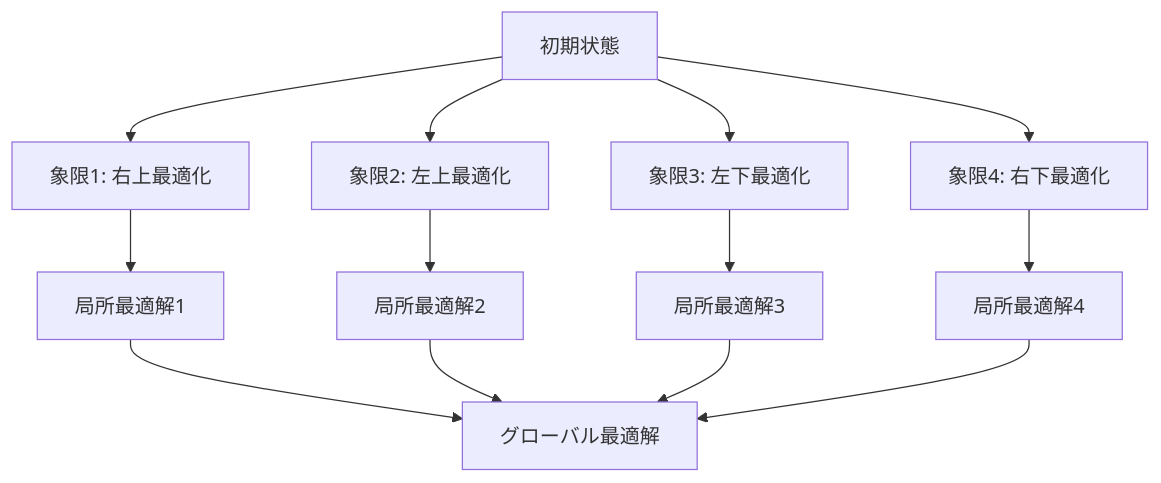
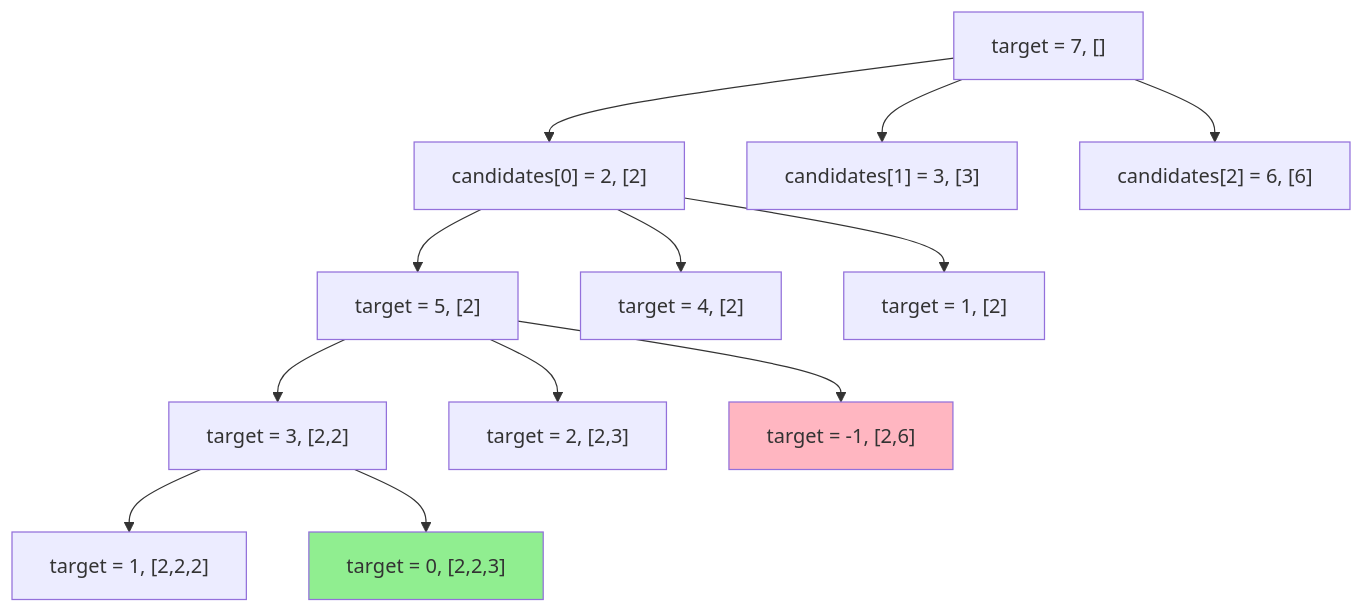
The third of 6 diagrams in README.md (myoshi2891/Algorithm-DataStructures-Math-SQL), drawn with Mermaid before and after one commit. The commit also changed other lines of this file, not shown here.

````diff
--- a/README.md
+++ b/README.md
@@ -72,17 +155,20 @@
 ```mermaid
 graph TD
-    A[初期状態] --> B[象限1: 右上最適化]
-    A --> C[象限2: 左上最適化]
-    A --> D[象限3: 左下最適化]  
-    A --> E[象限4: 右下最適化]
+    A["target = 7, []"] --> B["candidates[0] = 2, [2]"]
+    A --> C["candidates[1] = 3, [3]"]
+    A --> D["candidates[2] = 6, [6]"]
     
-    B --> F[局所最適解1]
-    C --> G[局所最適解2]
-    D --> H[局所最適解3]
-    E --> I[局所最適解4]
+    B --> E["target = 5, [2]"]
+    B --> F["target = 4, [2]"]
+    B --> G["target = 1, [2]"]
     
-    F --> J[グローバル最適解]
-    G --> J
-    H --> J
-    I --> J
+    E --> H["target = 3, [2,2]"]
+    E --> I["target = 2, [2,3]"]
+    E --> J["target = -1, [2,6]"]
+    
+    H --> K["target = 1, [2,2,2]"]
+    H --> L["target = 0, [2,2,3]"] 
+    
+    style L fill:#90EE90
+    style J fill:#FFB6C1
 ```
````
